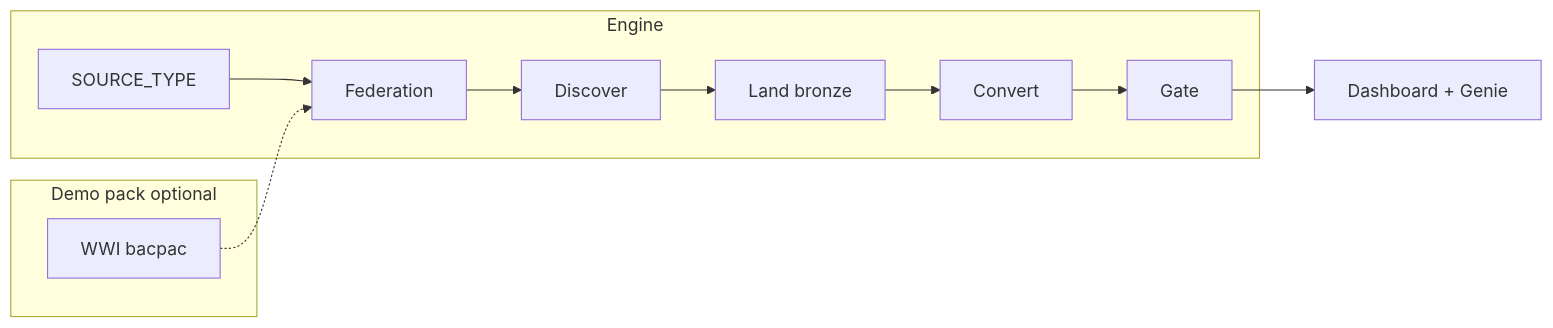
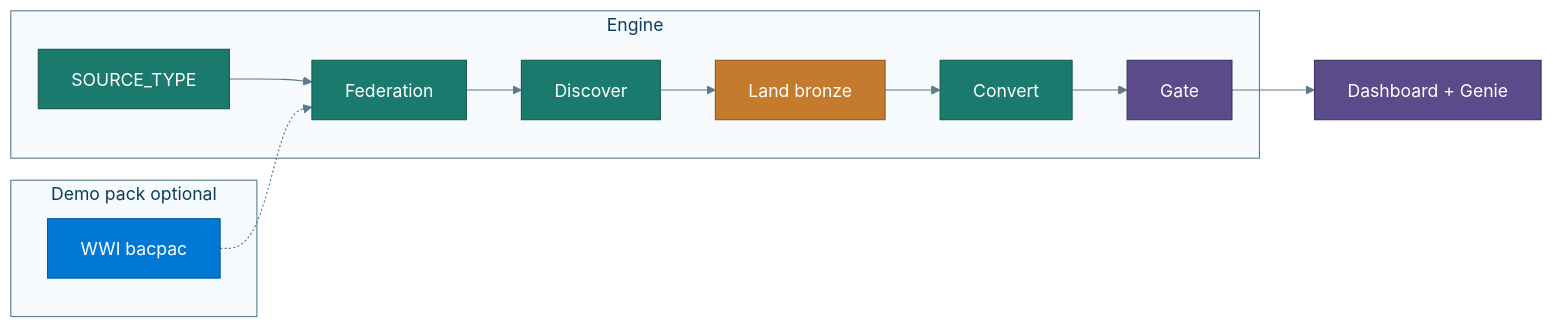
Before and after one commit to Jericho2010/edwmigration: the diagram in docs/architecture.md, drawn with Mermaid. The commit also changed other lines of this file and 25 other files, not shown here.

First line of the commit message:
Add enterprise SoD docs, themed diagrams, glossary, and Cursor UI guide.

````diff
--- a/docs/architecture.md
+++ b/docs/architecture.md
@@ -13,15 +13,24 @@
 ```mermaid
+%%{init: {"theme":"base","themeVariables":{"primaryColor":"#E8F1F8","primaryTextColor":"#0B3D5C","primaryBorderColor":"#0B3D5C","lineColor":"#5B7A8C","secondaryColor":"#E6F4F1","tertiaryColor":"#F7F3EA","background":"#FFFFFF","mainBkg":"#E8F1F8","clusterBkg":"#F7FAFC","clusterBorder":"#5B7A8C","titleColor":"#0B3D5C","edgeLabelBackground":"#FFFFFF"}}}%%
 flowchart LR
   subgraph engine [Engine]
     ST[SOURCE_TYPE] --> Fed[Federation]
     Fed --> Disc[Discover]
     Disc --> Land[Land bronze]
     Land --> Conv[Convert]
     Conv --> Gate[Gate]
   end
   subgraph demo [Demo pack optional]
     WWI[WWI bacpac]
   end
   WWI -.-> Fed
   Gate --> Obs[Dashboard + Genie]
+  classDef agent fill:#1B7A6E,stroke:#145A51,color:#fff
+  classDef azureC fill:#0078D4,stroke:#005A9E,color:#fff
+  classDef bronze fill:#C47B2D,stroke:#8F5A1F,color:#fff
+  classDef ops fill:#5B4B8A,stroke:#3F3460,color:#fff
+  class ST,Fed,Disc,Conv agent
+  class WWI azureC
+  class Land bronze
+  class Gate,Obs ops
 ```
````
